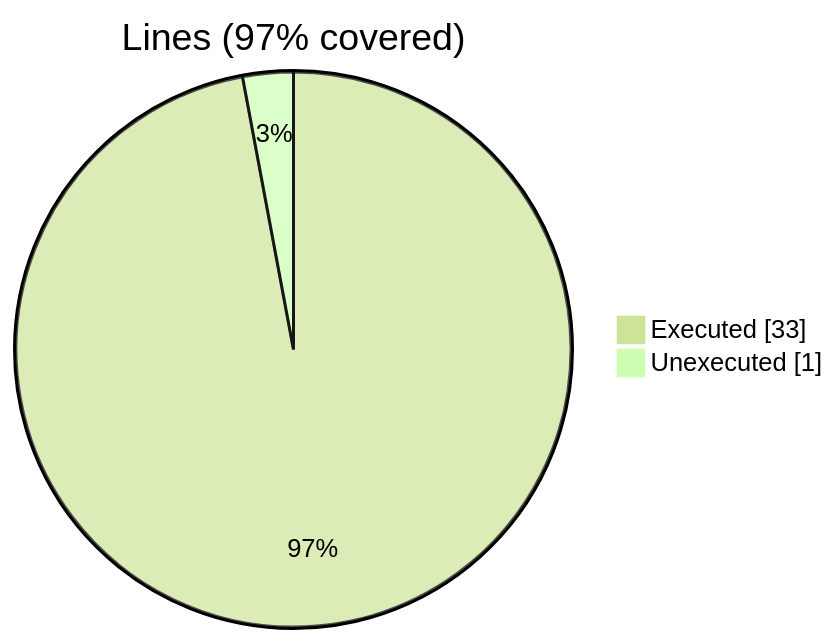
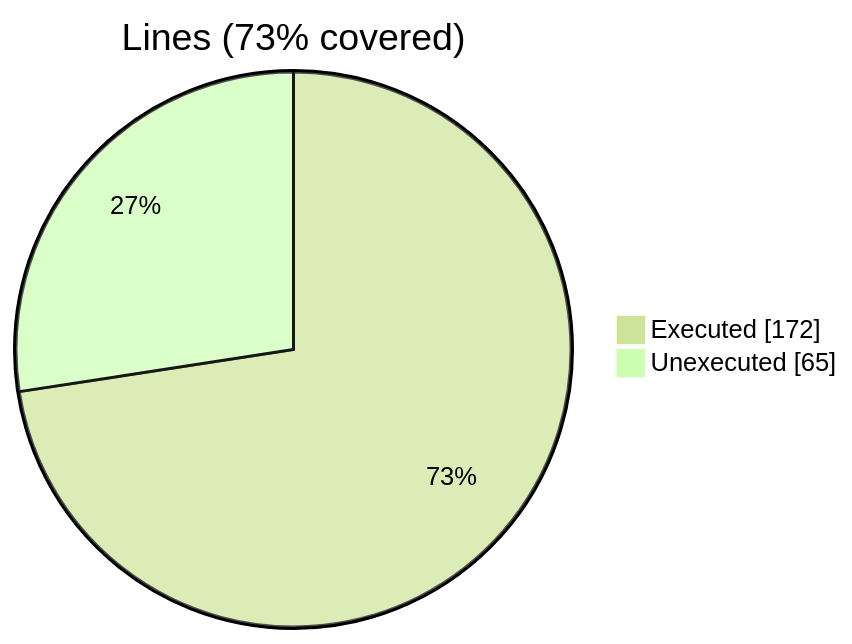
One commit to szaghi/FiNeR changed the first of 6 diagrams in docs/guide/coverage-analysis.md. Above: the diagram before and after it, drawn with Mermaid (forest theme). The commit also changed other lines of this file and 10 other files, not shown here.

````diff
--- a/docs/guide/coverage-analysis.md
+++ b/docs/guide/coverage-analysis.md
@@ -12,6 +12,6 @@
 ```mermaid
 pie showData
-    title Lines (97% covered)
-    "Executed" : 33
-    "Unexecuted" : 1
+    title Lines (73% covered)
+    "Executed" : 172
+    "Unexecuted" : 65
 ```
````
